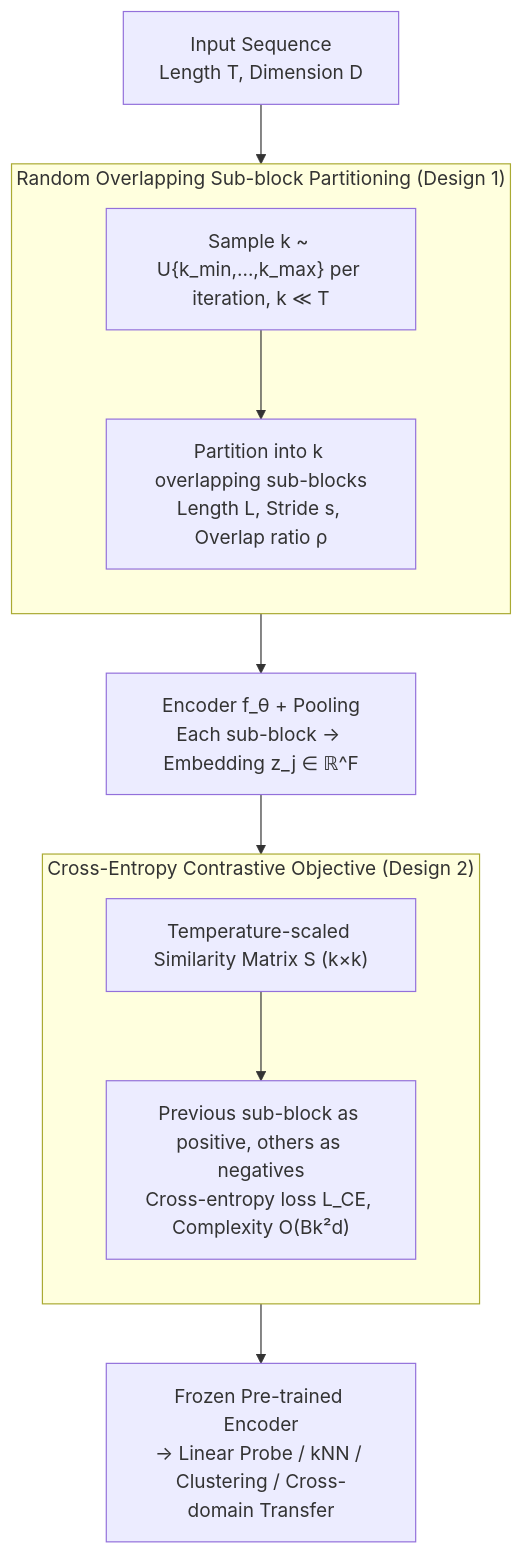
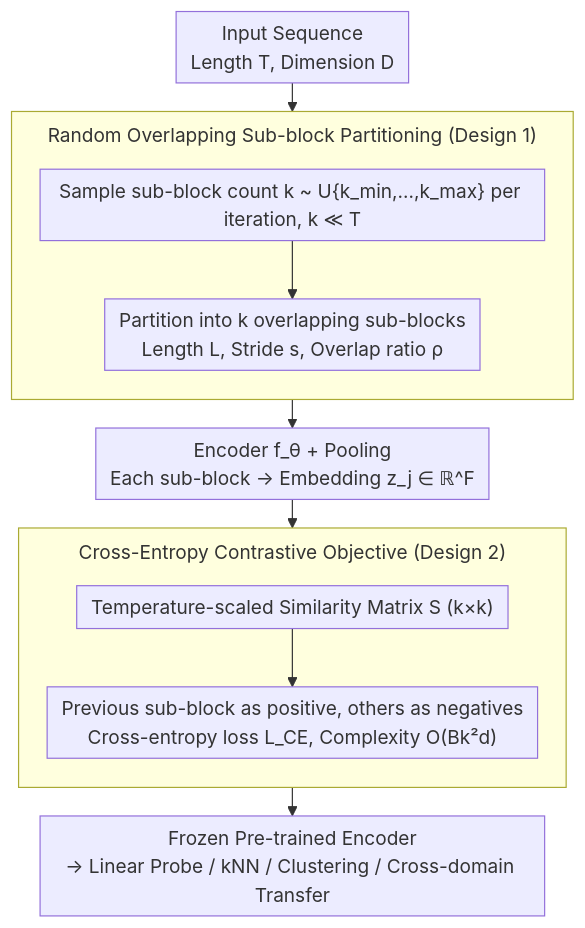
Before and after one commit to zhaoyang97/Paper-Notes-en: the diagram in docs/ICML2026/time_series/divide_and_contrast_learning_robust_temporal_features_without_augmentation.md, drawn with Mermaid. The commit also changed other lines of this file and 5084 other files, not shown here.

````diff
--- a/docs/ICML2026/time_series/divide_and_contrast_learning_robust_temporal_features_without_augmentation.md
+++ b/docs/ICML2026/time_series/divide_and_contrast_learning_robust_temporal_features_without_augmentation.md
@@ -45,15 +45,16 @@
 ```mermaid
-graph TD
+%%{init: {'flowchart': {'rankSpacing': 24, 'nodeSpacing': 28, 'padding': 6, 'wrappingWidth': 400, 'subGraphTitleMargin': {'top': 8, 'bottom': 16}}}}%%
+flowchart TD
     A["Input Sequence<br/>Length T, Dimension D"] --> B
     subgraph G1["Random Overlapping Sub-block Partitioning (Design 1)"]
         direction TB
-        B["Sample k ~ U{k_min,…,k_max} per iteration, k ≪ T"] --> C["Partition into k overlapping sub-blocks<br/>Length L, Stride s, Overlap ratio ρ"]
+        B["Sample sub-block count k ~ U{k_min,…,k_max} per iteration, k ≪ T"] --> C["Partition into k overlapping sub-blocks<br/>Length L, Stride s, Overlap ratio ρ"]
     end
     C --> D["Encoder f_θ + Pooling<br/>Each sub-block → Embedding z_j ∈ ℝ^F"]
     D --> E
     subgraph G2["Cross-Entropy Contrastive Objective (Design 2)"]
         direction TB
         E["Temperature-scaled Similarity Matrix S (k×k)"] --> F["Previous sub-block as positive, others as negatives<br/>Cross-entropy loss L_CE, Complexity O(Bk²d)"]
     end
     F --> H["Frozen Pre-trained Encoder<br/>→ Linear Probe / kNN / Clustering / Cross-domain Transfer"]
 ```
````
